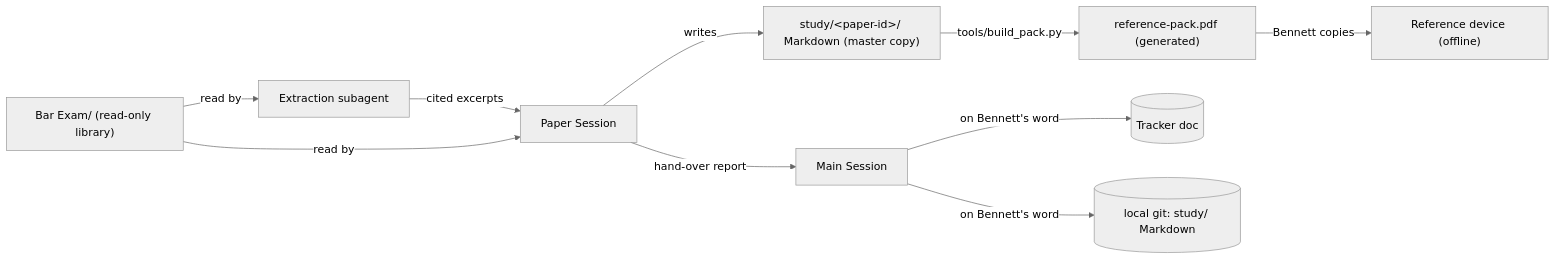
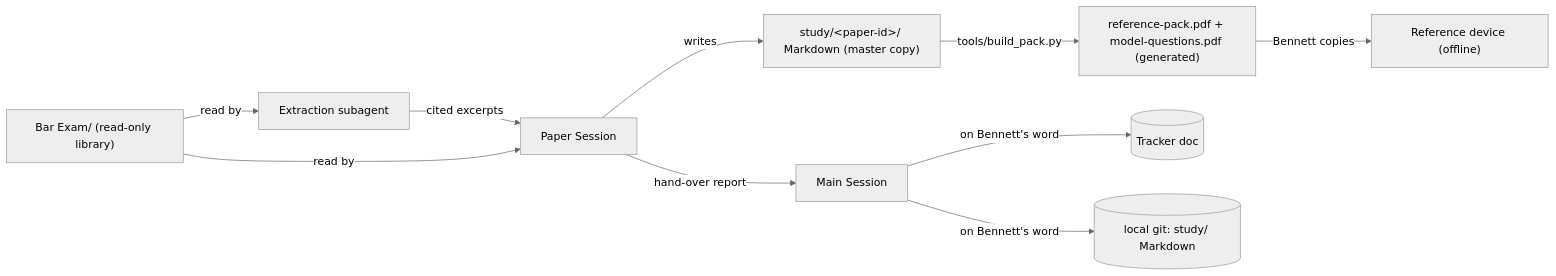
The first of 3 diagrams in _bmad-output/planning-artifacts/architecture/architecture-Bennett-Part-B-Bar-Exam-Helper-2026-11-02/ARCHITECTURE-SPINE.md (bennchristian/Bennett-Part-B-Bar-Exam-Helper), drawn with Mermaid (neutral theme) before and after one commit. The commit also changed other lines of this file and 18 other files, not shown here.

First line of the commit message:
Record study workflow; rename flowcharts.md to cheatsheets.md, drop diagrams

````diff
--- a/_bmad-output/planning-artifacts/architecture/architecture-Bennett-Part-B-Bar-Exam-Helper-2026-11-02/ARCHITECTURE-SPINE.md
+++ b/_bmad-output/planning-artifacts/architecture/architecture-Bennett-Part-B-Bar-Exam-Helper-2026-11-02/ARCHITECTURE-SPINE.md
@@ -22,12 +22,12 @@
 ```mermaid
 flowchart LR
   BE["Bar Exam/ (read-only library)"] -->|read by| EX["Extraction subagent"]
   EX -->|cited excerpts| PS["Paper Session"]
   BE -->|read by| PS
   PS -->|writes| SRC["study/&lt;paper-id&gt;/ Markdown (master copy)"]
-  SRC -->|tools/build_pack.py| PDF["reference-pack.pdf (generated)"]
+  SRC -->|tools/build_pack.py| PDF["reference-pack.pdf + model-questions.pdf (generated)"]
   PDF -->|Bennett copies| DEV["Reference device (offline)"]
   PS -->|hand-over report| MS["Main Session"]
   MS -->|on Bennett's word| TR[("Tracker doc")]
   MS -->|on Bennett's word| GIT[("local git: study/ Markdown")]
 ```
````
